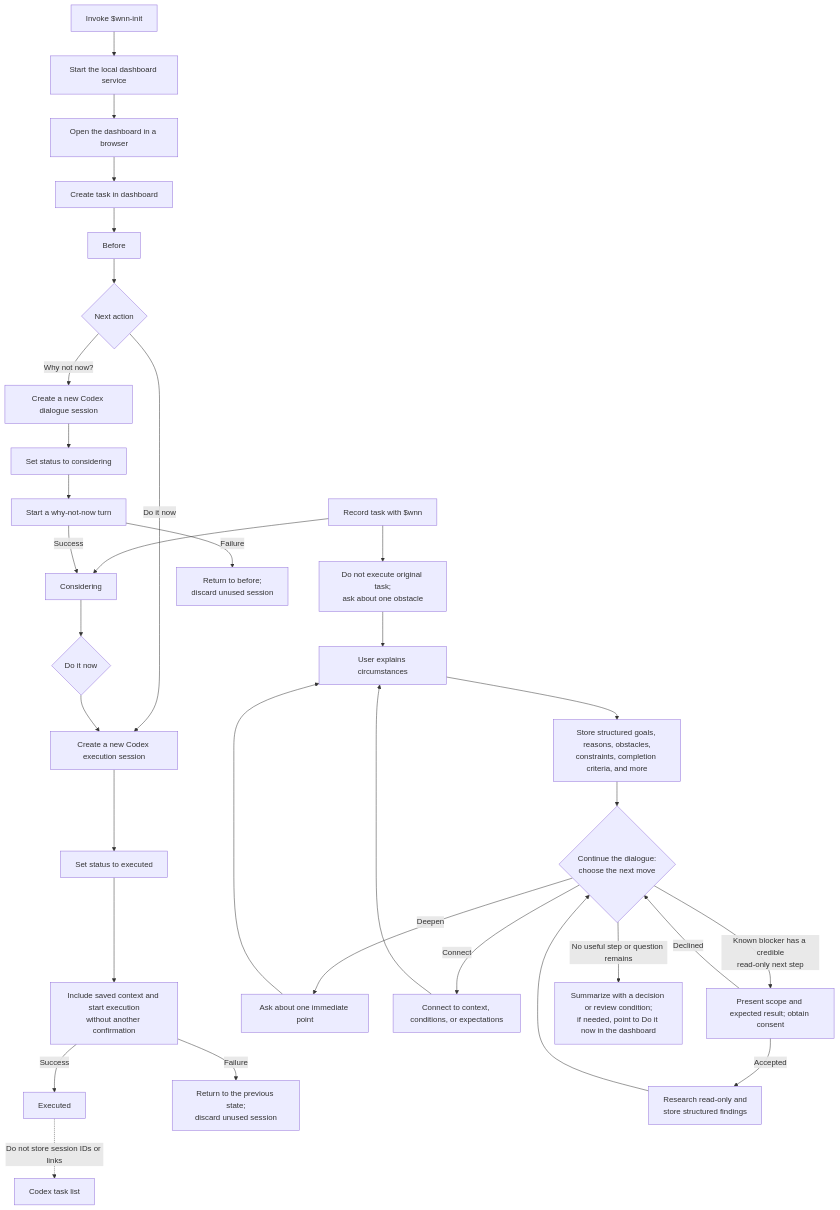
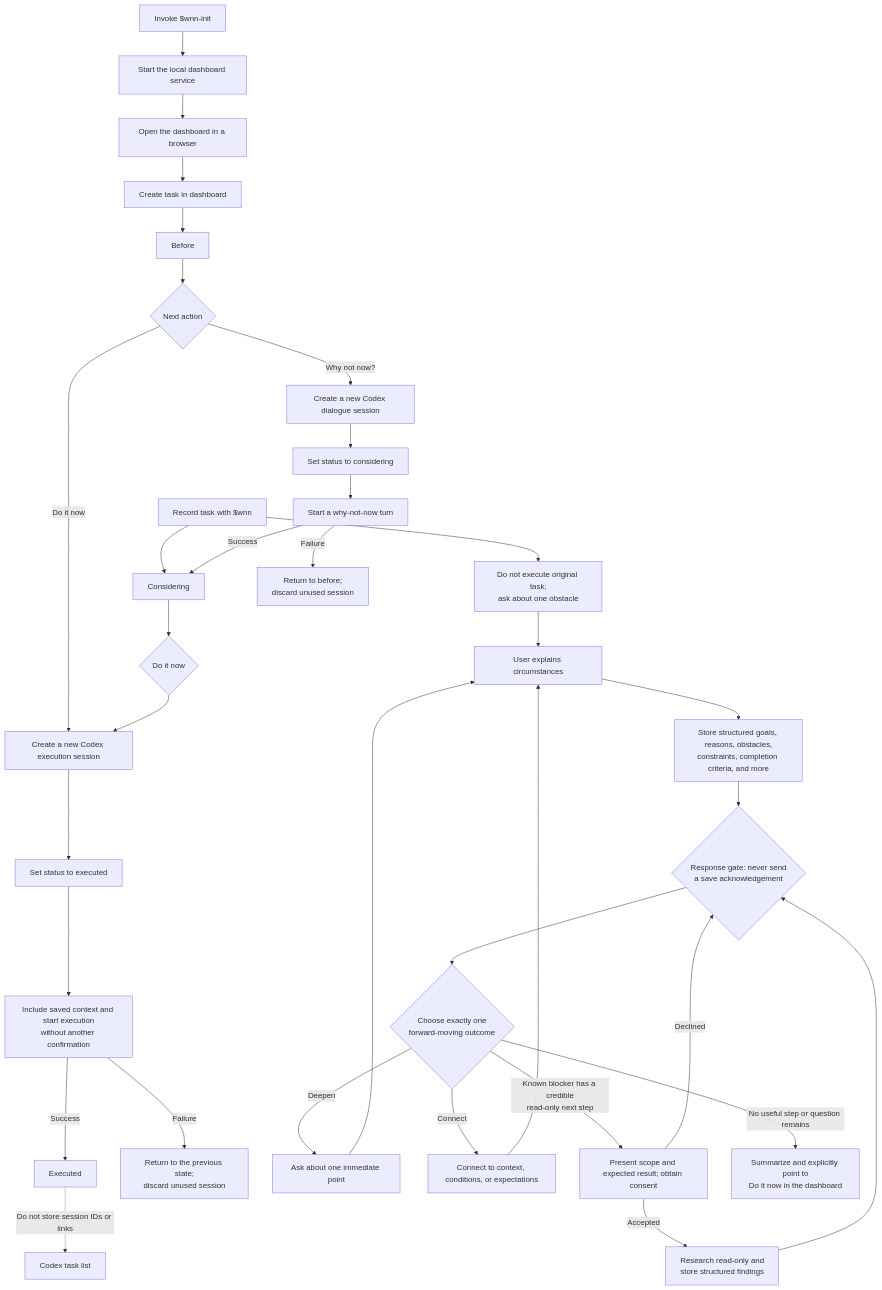
The diagram in docs/en/dialogue-flowchart.md (Ghaos/WhyNotNow), drawn with Mermaid before and after one commit. The commit also changed 5 other files, not shown here.

First line of the commit message:
fix(skill): require a conversational next step

````diff
--- a/docs/en/dialogue-flowchart.md
+++ b/docs/en/dialogue-flowchart.md
@@ -5,39 +5,40 @@
 ```mermaid
 flowchart TD
     Z["Invoke $wnn-init"] --> ZA["Start the local dashboard service"]
     ZA --> ZB["Open the dashboard in a browser"]
     ZB --> A
     A["Create task in dashboard"] --> B["Before"]
     C["Record task with $wnn"] --> D["Considering"]
     C --> Q["Do not execute original task;<br/>ask about one obstacle"]
 
     B --> E{"Next action"}
     E -->|"Why not now?"| F["Create a new Codex dialogue session"]
     F --> G["Set status to considering"]
     G --> H["Start a why-not-now turn"]
     H -->|"Success"| D
     H -->|"Failure"| R1["Return to before;<br/>discard unused session"]
 
     E -->|"Do it now"| I["Create a new Codex execution session"]
     D --> J{"Do it now"}
     J --> I
     I --> K["Set status to executed"]
     K --> L["Include saved context and start execution<br/>without another confirmation"]
     L -->|"Success"| M["Executed"]
     L -->|"Failure"| R2["Return to the previous state;<br/>discard unused session"]
 
     Q --> N["User explains circumstances"]
     N --> O["Store structured goals, reasons, obstacles,<br/>constraints, completion criteria, and more"]
-    O --> P{"Continue the dialogue:<br/>choose the next move"}
-    P -->|"Deepen"| Q2["Ask about one immediate point"]
+    O --> P{"Response gate: never send<br/>a save acknowledgement"}
+    P --> P2{"Choose exactly one<br/>forward-moving outcome"}
+    P2 -->|"Deepen"| Q2["Ask about one immediate point"]
     Q2 --> N
-    P -->|"Connect"| Q3["Connect to context, conditions, or expectations"]
+    P2 -->|"Connect"| Q3["Connect to context, conditions, or expectations"]
     Q3 --> N
-    P -->|"Known blocker has a credible<br/>read-only next step"| S["Present scope and expected result; obtain consent"]
+    P2 -->|"Known blocker has a credible<br/>read-only next step"| S["Present scope and expected result; obtain consent"]
     S -->|"Accepted"| T["Research read-only and<br/>store structured findings"]
     T --> P
     S -->|"Declined"| P
-    P -->|"No useful step or question remains"| U["Summarize with a decision or review condition;<br/>if needed, point to Do it now in the dashboard"]
+    P2 -->|"No useful step or question remains"| U["Summarize and explicitly point to<br/>Do it now in the dashboard"]
 
     M -. "Do not store session IDs or links" .-> V["Codex task list"]
 ```
````
